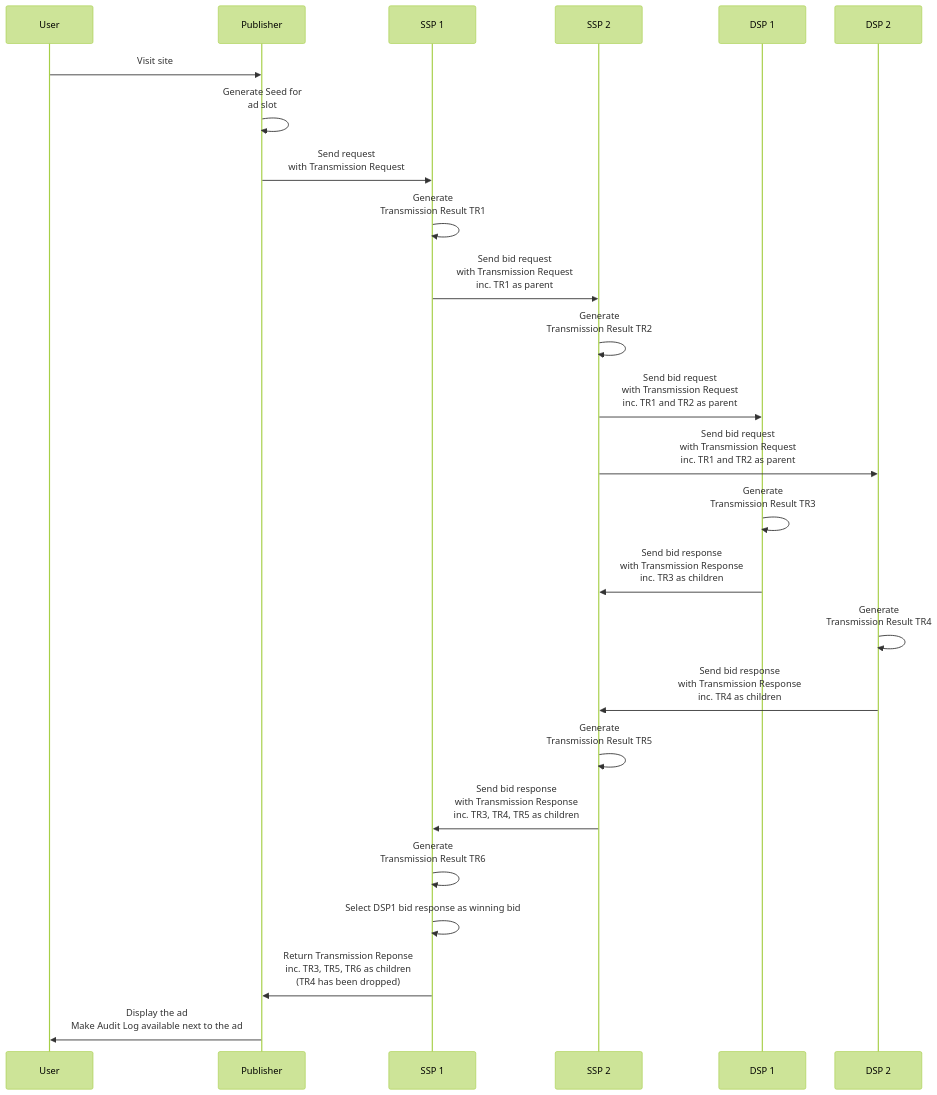
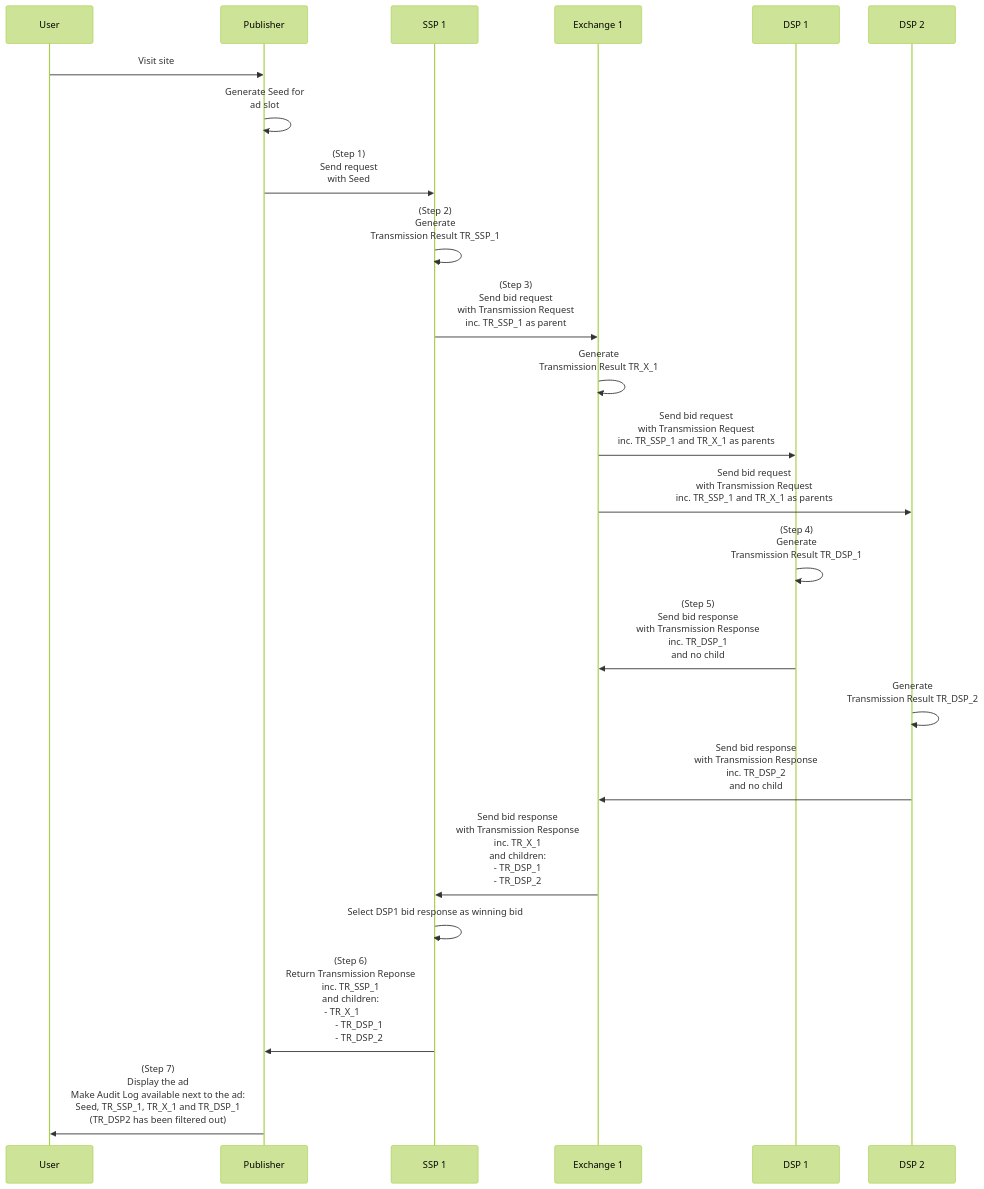
Before and after one commit to OneKey-Network/addressability-framework: the first of 3 diagrams in mvp-spec/ad-auction.md, drawn with Mermaid (forest theme). The commit also changed other lines of this file, not shown here.

````diff
--- a/mvp-spec/ad-auction.md
+++ b/mvp-spec/ad-auction.md
@@ -100,28 +104,26 @@
 ```mermaid
 sequenceDiagram
     participant User
     participant Publisher
     participant SSP 1
-    participant SSP 2
+    participant Exchange 1
     participant DSP 1
     participant DSP 2
 
     User->>Publisher: Visit site
     Publisher->>Publisher: Generate Seed for <br /> ad slot
-    Publisher->>SSP 1: Send request<br />with Transmission Request
-    SSP 1->>SSP 1: Generate<br />Transmission Result TR1
-    SSP 1->>SSP 2: Send bid request<br />with Transmission Request<br/>inc. TR1 as parent
-    SSP 2->>SSP 2: Generate<br />Transmission Result TR2
-    SSP 2->>DSP 1: Send bid request<br />with Transmission Request<br/>inc. TR1 and TR2 as parent
-    SSP 2->>DSP 2: Send bid request<br />with Transmission Request<br/>inc. TR1 and TR2 as parent
-    DSP 1->>DSP 1: Generate<br />Transmission Result TR3 
-    DSP 1->>SSP 2: Send bid response<br />with Transmission Response<br />inc. TR3 as children
-    DSP 2->>DSP 2: Generate<br />Transmission Result TR4 
-    DSP 2->>SSP 2: Send bid response<br />with Transmission Response<br />inc. TR4 as children 
-    SSP 2->>SSP 2: Generate<br />Transmission Result TR5
-    SSP 2->>SSP 1: Send bid response<br />with Transmission Response<br />inc. TR3, TR4, TR5 as children
-    SSP 1->>SSP 1: Generate<br />Transmission Result TR6
+    Publisher->>SSP 1: (Step 1)<br/>Send request<br />with Seed
+    SSP 1->>SSP 1: (Step 2)<br/>Generate<br />Transmission Result TR_SSP_1
+    SSP 1->>Exchange 1: (Step 3)<br/>Send bid request<br />with Transmission Request<br/>inc. TR_SSP_1 as parent
+    Exchange 1->>Exchange 1: Generate<br />Transmission Result TR_X_1
+    Exchange 1->>DSP 1: Send bid request<br />with Transmission Request<br/>inc. TR_SSP_1 and TR_X_1 as parents
+    Exchange 1->>DSP 2: Send bid request<br />with Transmission Request<br/>inc. TR_SSP_1 and TR_X_1 as parents
+    DSP 1->>DSP 1: (Step 4)<br/>Generate<br />Transmission Result TR_DSP_1
+    DSP 1->>Exchange 1: (Step 5)<br/>Send bid response<br />with Transmission Response<br />inc. TR_DSP_1<br />and no child
+    DSP 2->>DSP 2: Generate<br />Transmission Result TR_DSP_2
+    DSP 2->>Exchange 1: Send bid response<br />with Transmission Response<br />inc. TR_DSP_2<br />and no child
+    Exchange 1->>SSP 1: Send bid response<br />with Transmission Response<br />inc. TR_X_1<br />and children:<br />- TR_DSP_1<br />- TR_DSP_2
     SSP 1->>SSP 1: Select DSP1 bid response as winning bid
-    SSP 1->>Publisher: Return Transmission Reponse<br />inc. TR3, TR5, TR6 as children<br />(TR4 has been dropped)
-    Publisher->>User: Display the ad <br />Make Audit Log available next to the ad
+    SSP 1->>Publisher: (Step 6)<br/>Return Transmission Reponse<br />inc. TR_SSP_1<br />and children:<br />- TR_X_1ㅤㅤ<br />ㅤㅤ- TR_DSP_1<br />ㅤㅤ- TR_DSP_2
+    Publisher->>User: (Step 7)<br/>Display the ad <br />Make Audit Log available next to the ad:<br />Seed, TR_SSP_1, TR_X_1 and TR_DSP_1<br />(TR_DSP2 has been filtered out)
 ```
````
